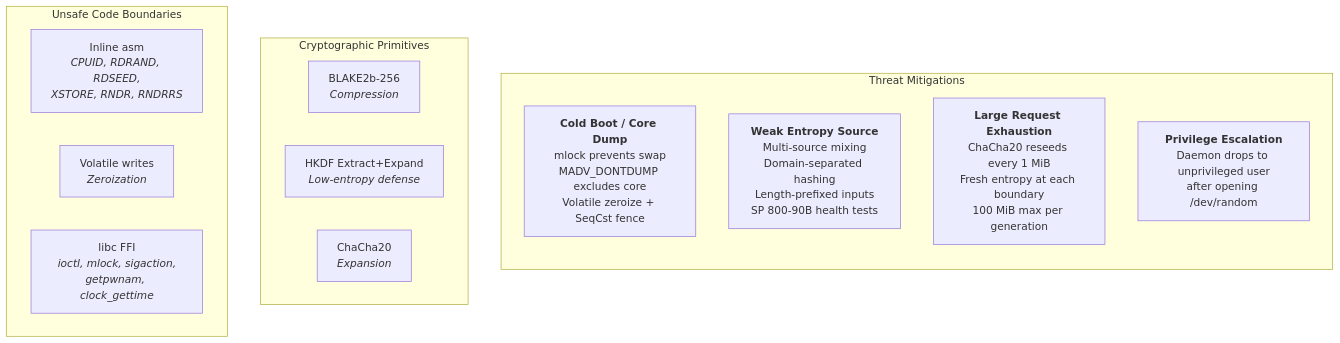
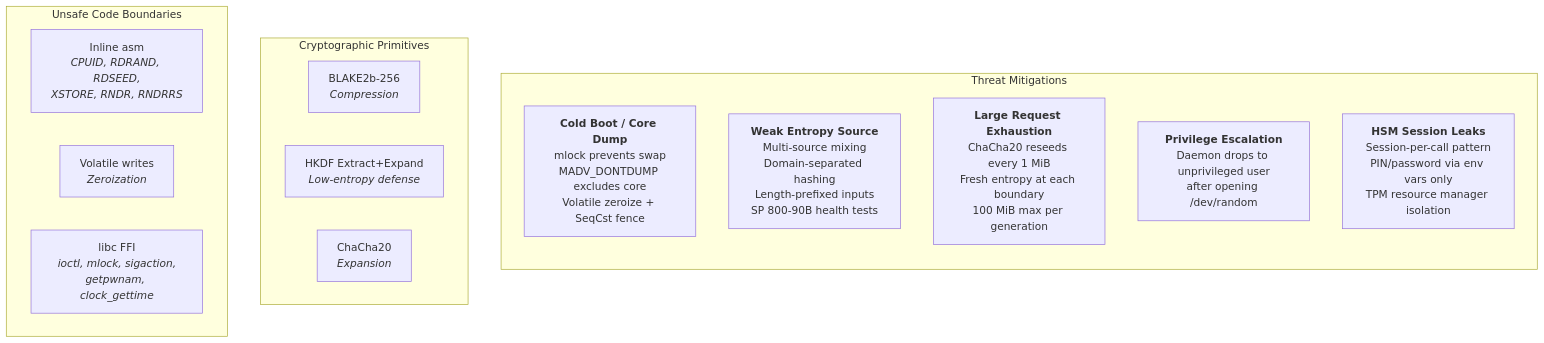
Before and after one commit to sonoransun/entropy-svc: the eighth of 12 diagrams in README.md, drawn with Mermaid. The commit also changed other lines of this file and 19 other files, not shown here.

````diff
--- a/README.md
+++ b/README.md
@@ -314,22 +342,23 @@
 ```mermaid
 flowchart TD
     subgraph Threats["Threat Mitigations"]
         direction TB
         T1["<b>Cold Boot / Core Dump</b><br/>mlock prevents swap<br/>MADV_DONTDUMP excludes core<br/>Volatile zeroize + SeqCst fence"]
         T2["<b>Weak Entropy Source</b><br/>Multi-source mixing<br/>Domain-separated hashing<br/>Length-prefixed inputs<br/>SP 800-90B health tests"]
         T3["<b>Large Request Exhaustion</b><br/>ChaCha20 reseeds every 1 MiB<br/>Fresh entropy at each boundary<br/>100 MiB max per generation"]
         T4["<b>Privilege Escalation</b><br/>Daemon drops to unprivileged user<br/>after opening /dev/random"]
+        T5["<b>HSM Session Leaks</b><br/>Session-per-call pattern<br/>PIN/password via env vars only<br/>TPM resource manager isolation"]
     end
 
     subgraph Primitives["Cryptographic Primitives"]
         P1["BLAKE2b-256<br/><i>Compression</i>"]
         P2["HKDF Extract+Expand<br/><i>Low-entropy defense</i>"]
         P3["ChaCha20<br/><i>Expansion</i>"]
     end
 
     subgraph Unsafe["Unsafe Code Boundaries"]
         U1["Inline asm<br/><i>CPUID, RDRAND, RDSEED,<br/>XSTORE, RNDR, RNDRRS</i>"]
         U2["Volatile writes<br/><i>Zeroization</i>"]
         U3["libc FFI<br/><i>ioctl, mlock, sigaction,<br/>getpwnam, clock_gettime</i>"]
     end
 ```
````
